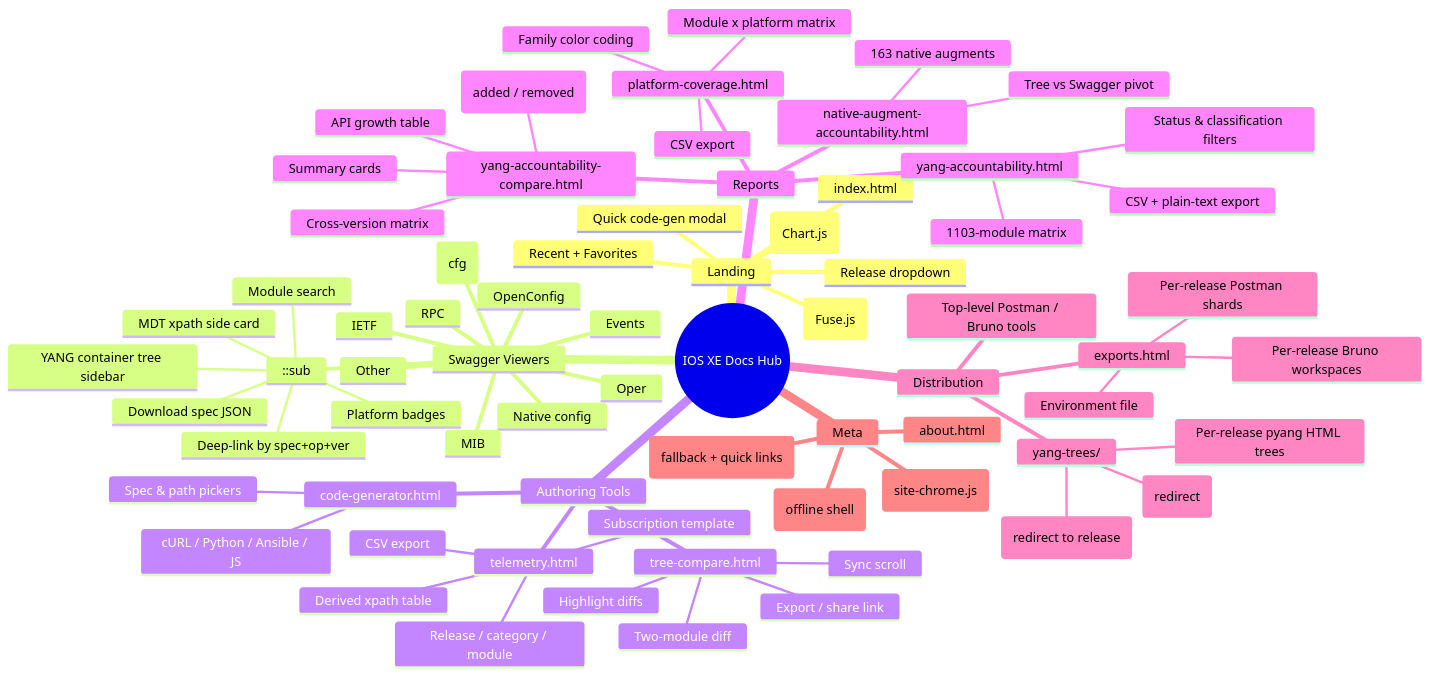
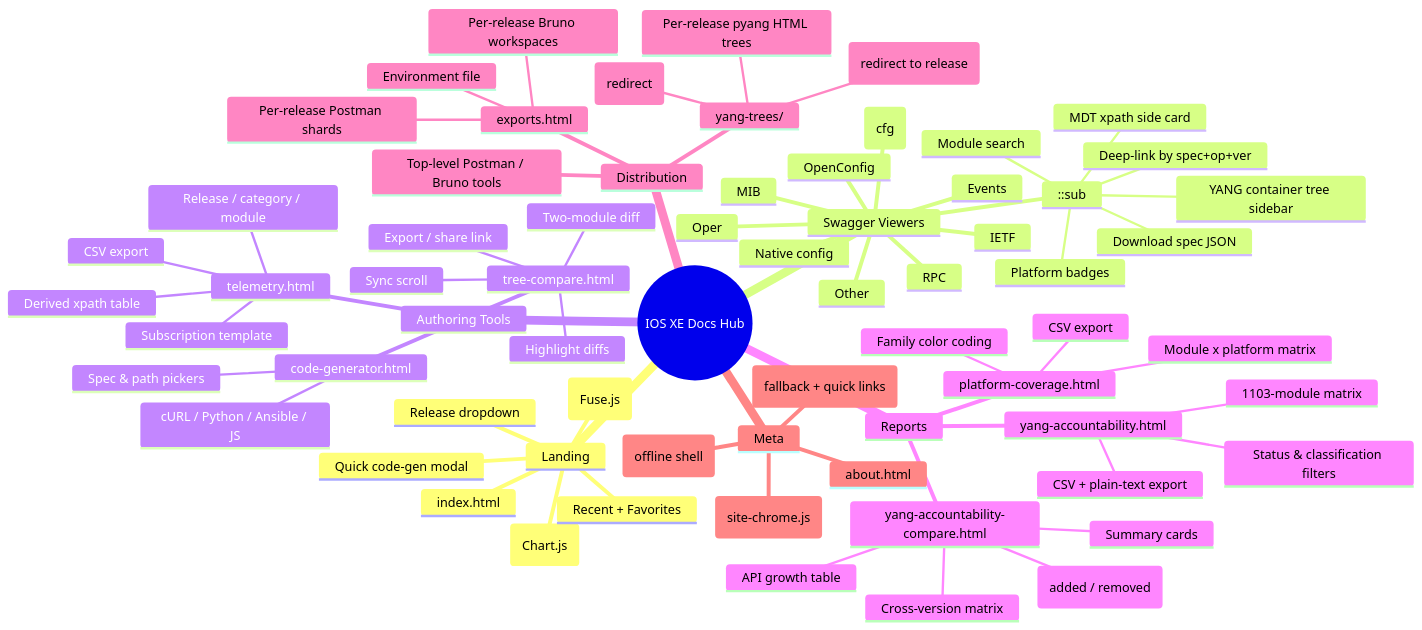
Before and after one commit to CiscoDevNet/cisco-ios-xe-openapi-swagger: the diagram in APP_MAP.md, drawn with Mermaid. The commit also changed other lines of this file and 12 other files, not shown here.

First line of the commit message:
Remove stale pages: index-v2 redirect stubs + native-augment-accountability

````diff
--- a/APP_MAP.md
+++ b/APP_MAP.md
@@ -40,74 +40,71 @@
 ```mermaid
 mindmap
   root((IOS XE Docs Hub))
     Landing
       index.html
       Universal Search (Fuse.js)
       Stats Dashboard (Chart.js)
       Recent + Favorites
       Quick code-gen modal
       Release dropdown
     Swagger Viewers
       Oper
       Config (cfg)
       Native config
       OpenConfig
       IETF
       MIB
       RPC
       Events
       Other
       ::sub
         YANG container tree sidebar
         Module search
         Download spec JSON
         Platform badges
         MDT xpath side card
         Deep-link by spec+op+ver
     Authoring Tools
       code-generator.html
         cURL / Python / Ansible / JS
         Spec & path pickers
       telemetry.html
         Release / category / module
         Derived xpath table
         Subscription template
         CSV export
       tree-compare.html
         Two-module diff
         Sync scroll
         Highlight diffs
         Export / share link
     Reports
       yang-accountability.html
         1103-module matrix
         Status & classification filters
         CSV + plain-text export
       yang-accountability-compare.html
         Cross-version matrix
         Summary cards
         API growth table
         Deltas (added / removed)
       platform-coverage.html
         Module x platform matrix
         Family color coding
         CSV export
-      native-augment-accountability.html
-        163 native augments
-        Tree vs Swagger pivot
     Distribution
       exports.html
         Per-release Postman shards
         Per-release Bruno workspaces
         Environment file
       Top-level Postman / Bruno tools
       yang-trees/
         index.html (redirect to release)
         mib-trees-index.html (redirect)
         Per-release pyang HTML trees
     Meta
       about.html
       404.html (fallback + quick links)
       Service worker (offline shell)
       Dark mode (site-chrome.js)
 ```
````
